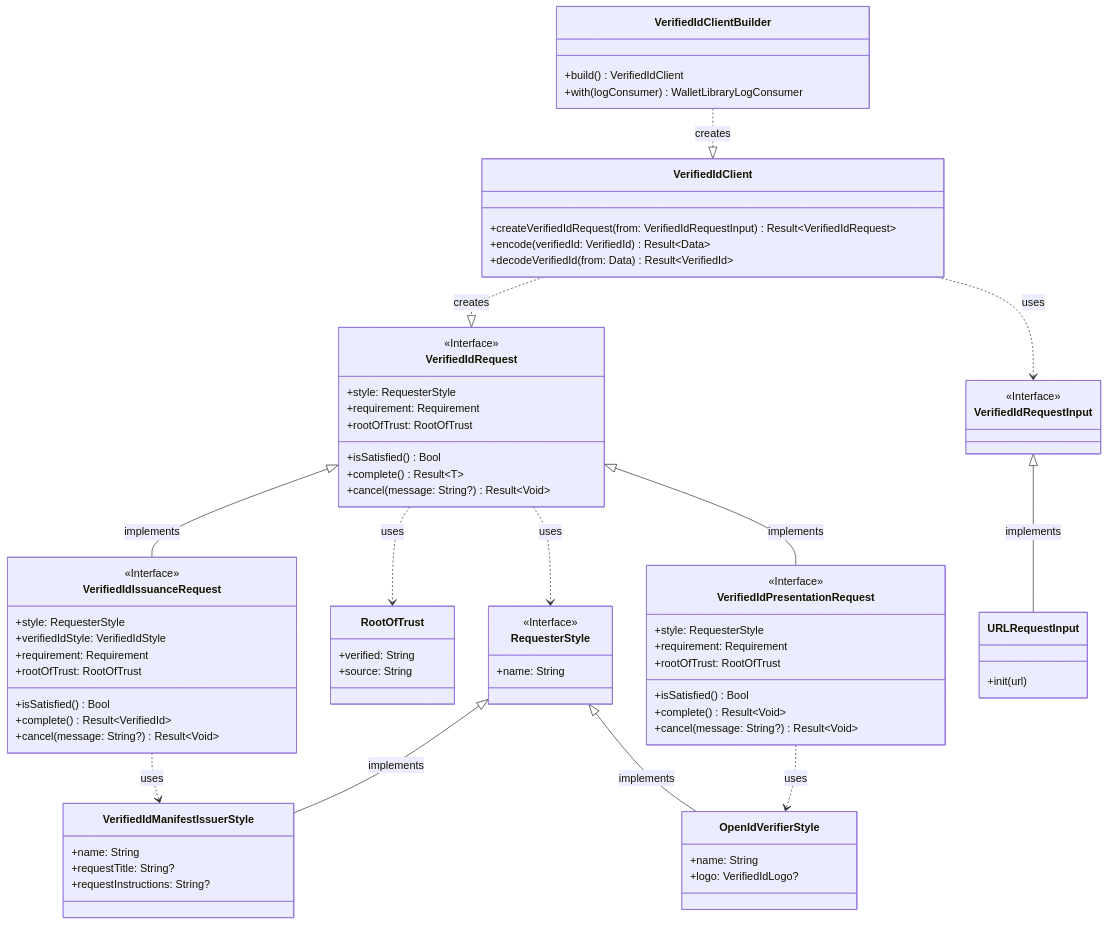
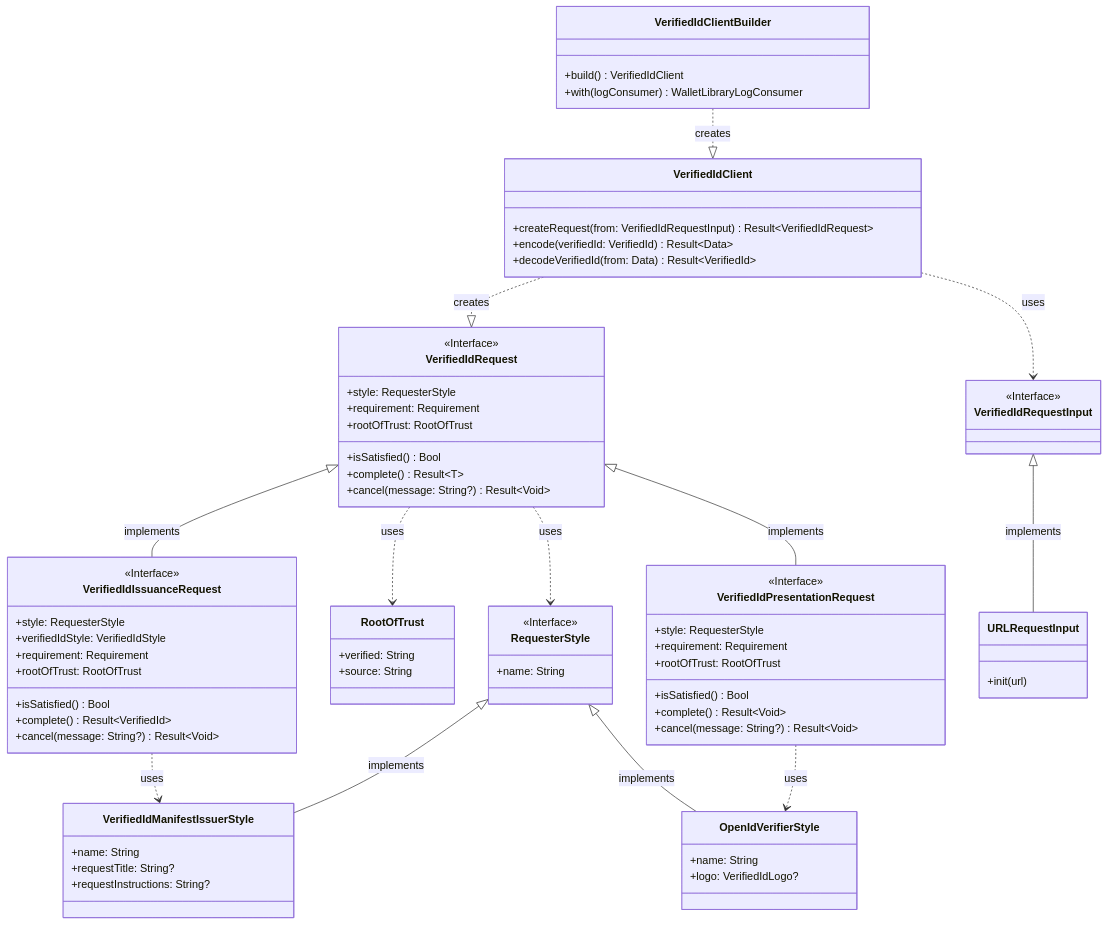
Before and after one commit to microsoft/entra-verifiedid-wallet-library-ios: the first of 3 diagrams in Docs/LibraryArchitecture.md, drawn with Mermaid. The commit also changed 6 other files, not shown here.

Commit message:
Update comments and create Request method to match Android

````diff
--- a/Docs/LibraryArchitecture.md
+++ b/Docs/LibraryArchitecture.md
@@ -5,76 +5,76 @@
 ```mermaid
 classDiagram
 VerifiedIdClientBuilder ..|> VerifiedIdClient: creates
 VerifiedIdClient ..|> VerifiedIdRequest: creates
 VerifiedIdRequest ..> RequesterStyle: uses
 VerifiedIdRequest ..> RootOfTrust: uses
 VerifiedIdRequest <|-- VerifiedIdIssuanceRequest: implements
 VerifiedIdRequest <|-- VerifiedIdPresentationRequest: implements
 VerifiedIdClient ..> VerifiedIdRequestInput: uses
 VerifiedIdRequestInput <|-- URLRequestInput: implements
 RequesterStyle <|-- VerifiedIdManifestIssuerStyle: implements
 VerifiedIdPresentationRequest ..> OpenIdVerifierStyle: uses
 RequesterStyle <|-- OpenIdVerifierStyle: implements
 VerifiedIdIssuanceRequest ..> VerifiedIdManifestIssuerStyle: uses
 class VerifiedIdClientBuilder{
     +build() VerifiedIdClient
     +with(logConsumer) WalletLibraryLogConsumer
 }
 class VerifiedIdClient{
-    +createVerifiedIdRequest(from: VerifiedIdRequestInput) Result<<T>VerifiedIdRequest>
+    +createRequest(from: VerifiedIdRequestInput) Result<<T>VerifiedIdRequest>
     +encode(verifiedId: VerifiedId) Result<<T>Data>
     +decodeVerifiedId(from: Data) Result<<T>VerifiedId>
 }
 <<Interface>> VerifiedIdRequestInput
 class URLRequestInput{
     +init(url)
 }
 <<Interface>> VerifiedIdRequest
 class VerifiedIdRequest{
     +style: RequesterStyle
     +requirement: Requirement
     +rootOfTrust: RootOfTrust
     +isSatisfied() Bool
     +complete() Result<<T>T>
     +cancel(message: String?) Result<<T>Void>
 }
 <<Interface>> VerifiedIdIssuanceRequest
 class VerifiedIdIssuanceRequest{
     +style: RequesterStyle
     +verifiedIdStyle: VerifiedIdStyle
     +requirement: Requirement
     +rootOfTrust: RootOfTrust
     +isSatisfied() Bool
     +complete() Result<<T>VerifiedId>
     +cancel(message: String?) Result<<T>Void>
 }
 <<Interface>> VerifiedIdPresentationRequest
 class VerifiedIdPresentationRequest{
     +style: RequesterStyle
     +requirement: Requirement
     +rootOfTrust: RootOfTrust
     +isSatisfied() Bool
     +complete() Result<<T>Void>
     +cancel(message: String?) Result<<T>Void>
 }
 
 class RootOfTrust{
     +verified: String
     +source: String
 }
 <<Interface>> RequesterStyle
 class RequesterStyle{
     +name: String
 }
 
 class VerifiedIdManifestIssuerStyle{
     +name: String
     +requestTitle: String?
     +requestInstructions: String?
 }
 
 class OpenIdVerifierStyle{
     +name: String
     +logo: VerifiedIdLogo?
 }
 ```
````
